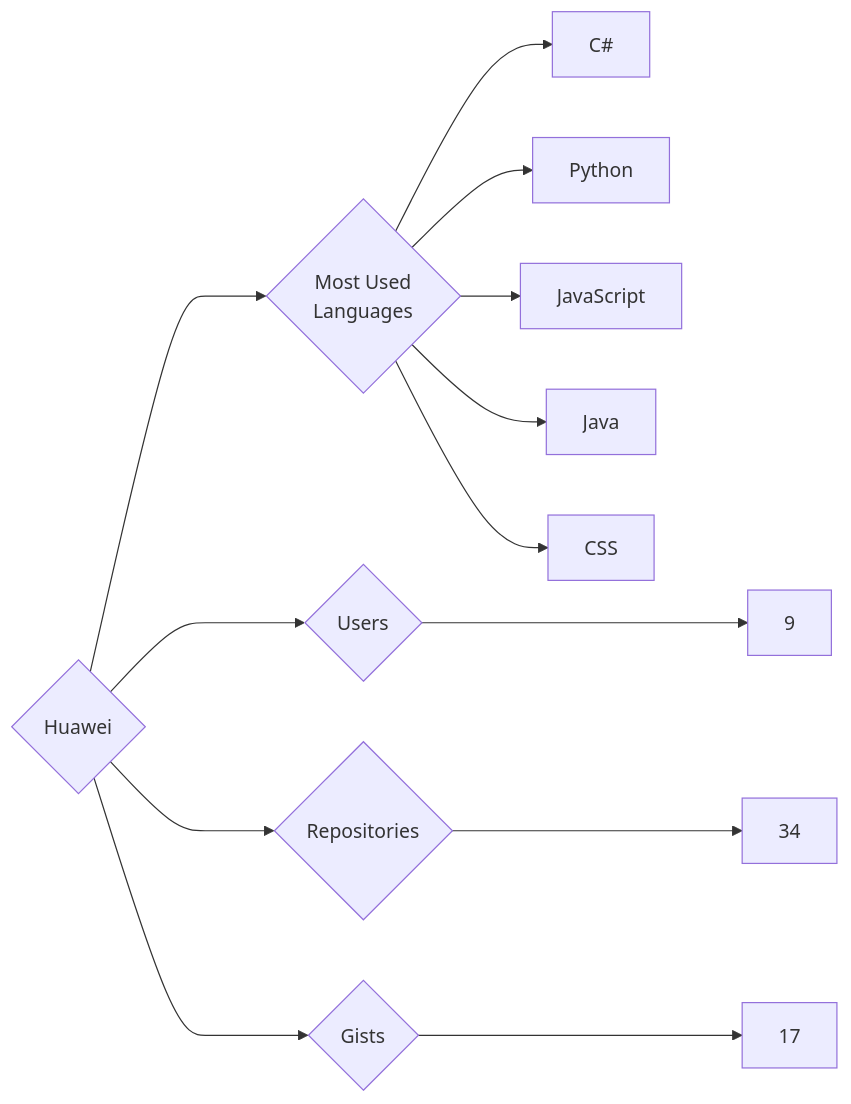
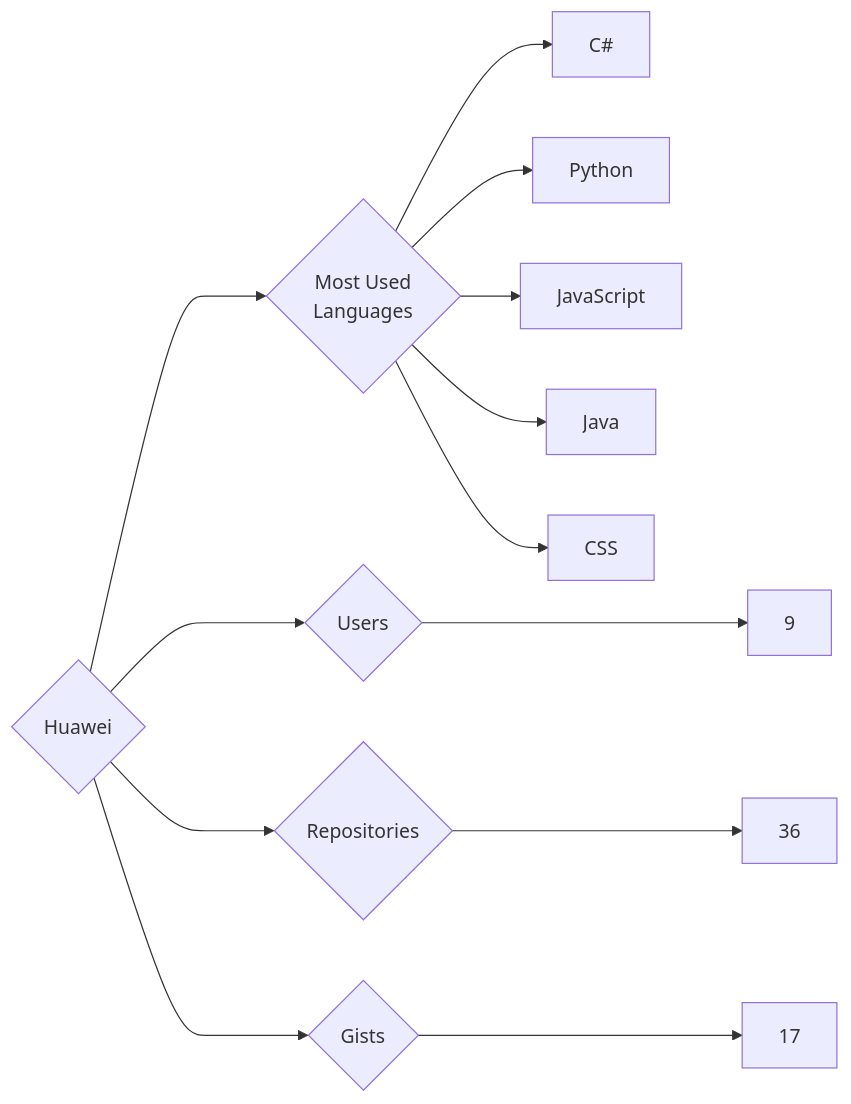
The diagram in targets/Huawei/README.md (trickest/insiders), drawn with Mermaid before and after one commit. The commit also changed 934 other files, not shown here.

````diff
--- a/targets/Huawei/README.md
+++ b/targets/Huawei/README.md
@@ -3,13 +3,13 @@
 ```mermaid
 graph LR
 COMPANY_NAME{Huawei}
 COMPANY_NAME ---> U{Users} ---> UN[9]
-COMPANY_NAME ---> R{Repositories} ---> RN[34]
+COMPANY_NAME ---> R{Repositories} ---> RN[36]
 COMPANY_NAME ---> G{Gists} ---> GN[17]
 COMPANY_NAME ---> ML{Most Used<br>Languages}
 ML --> C#[C#]
 ML --> Python[Python]
 ML --> JavaScript[JavaScript]
 ML --> Java[Java]
 ML --> CSS[CSS]
 ```
````
